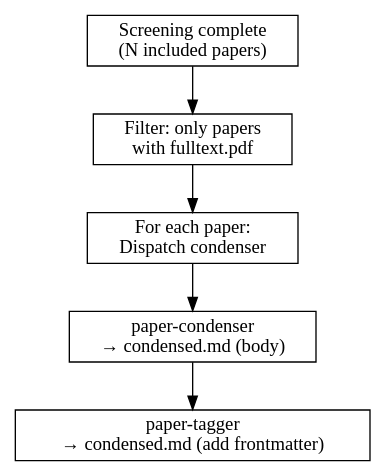
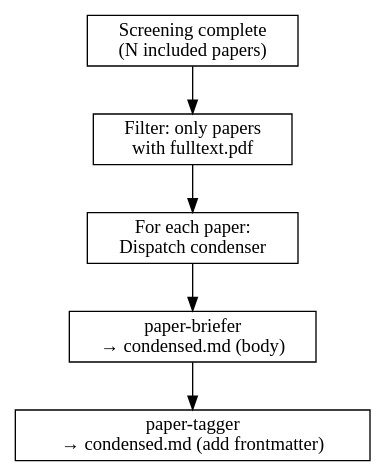
The diagram in skills/extracting/SKILL.md (gabfssilva/scimesh), drawn with Graphviz before and after one commit. The commit also changed other lines of this file and 4 other files, not shown here.

First line of the commit message:
refactor: rename paper-condenser to paper-briefer, simplify output

````diff
--- a/skills/extracting/SKILL.md
+++ b/skills/extracting/SKILL.md
@@ -45,17 +45,17 @@
 ```dot
 digraph extraction {
     rankdir=TB;
     node [shape=box];
 
     screen_done [label="Screening complete\n(N included papers)"];
     check_pdf [label="Filter: only papers\nwith fulltext.pdf"];
     dispatch [label="For each paper:\nDispatch condenser"];
-    condense [label="paper-condenser\n→ condensed.md (body)"];
+    condense [label="paper-briefer\n→ condensed.md (body)"];
     tag [label="paper-tagger\n→ condensed.md (add frontmatter)"];
 
     screen_done -> check_pdf;
     check_pdf -> dispatch;
     dispatch -> condense;
     condense -> tag;
 }
 ```
````
